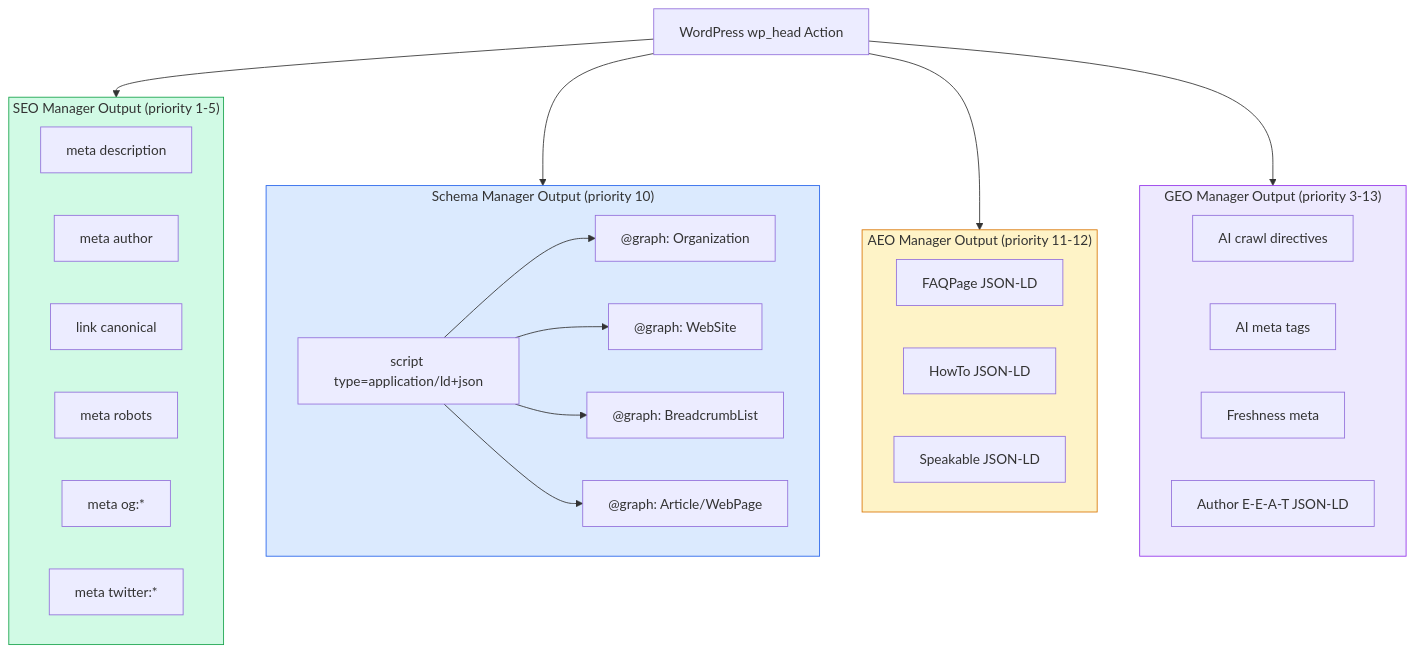
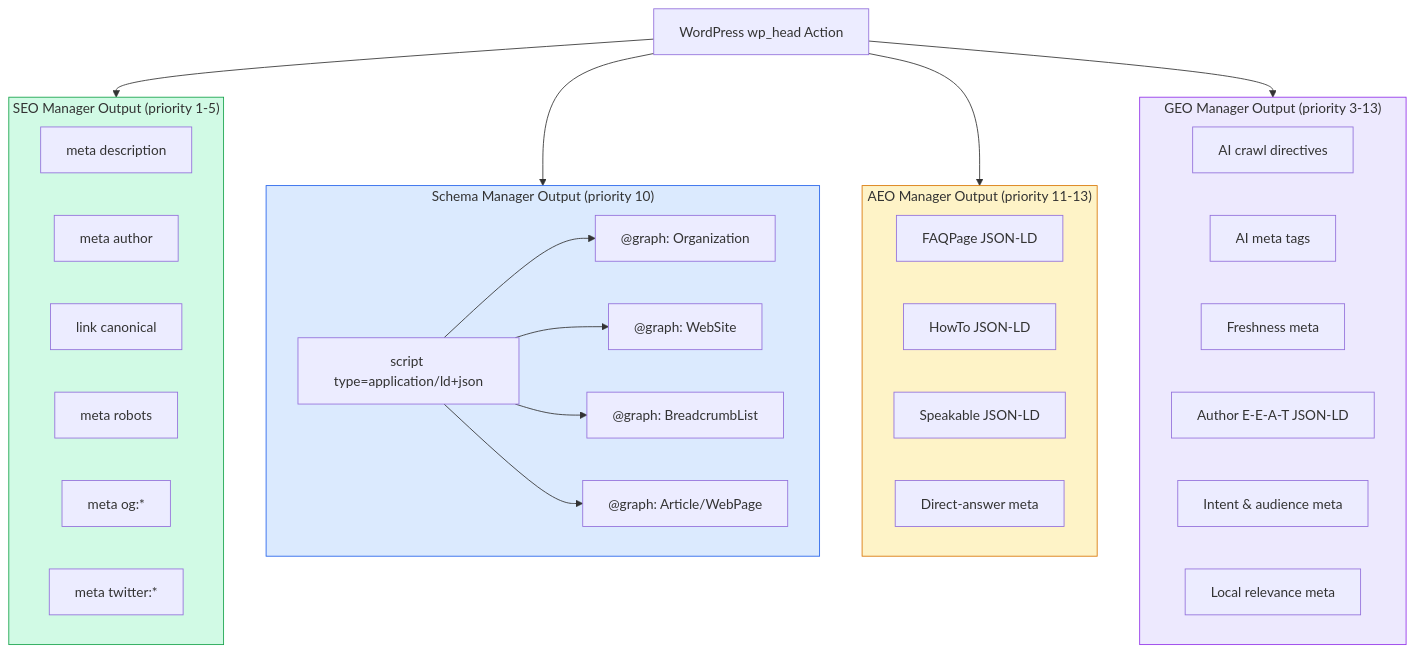
One commit to CptNope/JAT-Search-Intel changed the fourth of 12 diagrams in README.md. Above: the diagram before and after it, drawn with Mermaid. The commit also changed other lines of this file and 18 other files, not shown here.

````diff
--- a/README.md
+++ b/README.md
@@ -239,42 +265,45 @@
 ```mermaid
 flowchart TD
     WP["WordPress wp_head Action"] --> SEO_OUT
     WP --> SCHEMA_OUT
     WP --> AEO_OUT
     WP --> GEO_OUT
 
     subgraph SEO_OUT["SEO Manager Output (priority 1-5)"]
         M1["meta description"]
         M2["meta author"]
         M3["link canonical"]
         M4["meta robots"]
         M5["meta og:*"]
         M6["meta twitter:*"]
     end
 
     subgraph SCHEMA_OUT["Schema Manager Output (priority 10)"]
         S1["script type=application/ld+json"]
         S1 --> S2["@graph: Organization"]
         S1 --> S3["@graph: WebSite"]
         S1 --> S4["@graph: BreadcrumbList"]
         S1 --> S5["@graph: Article/WebPage"]
     end
 
-    subgraph AEO_OUT["AEO Manager Output (priority 11-12)"]
+    subgraph AEO_OUT["AEO Manager Output (priority 11-13)"]
         A1["FAQPage JSON-LD"]
         A2["HowTo JSON-LD"]
         A3["Speakable JSON-LD"]
+        A4["Direct-answer meta"]
     end
 
     subgraph GEO_OUT["GEO Manager Output (priority 3-13)"]
         G1["AI crawl directives"]
         G2["AI meta tags"]
         G3["Freshness meta"]
         G4["Author E-E-A-T JSON-LD"]
+        G5["Intent & audience meta"]
+        G6["Local relevance meta"]
     end
 
     style SEO_OUT fill:#d1fae5,stroke:#16a34a
     style SCHEMA_OUT fill:#dbeafe,stroke:#2563eb
     style AEO_OUT fill:#fef3c7,stroke:#d97706
     style GEO_OUT fill:#ede9fe,stroke:#9333ea
 ```
````
